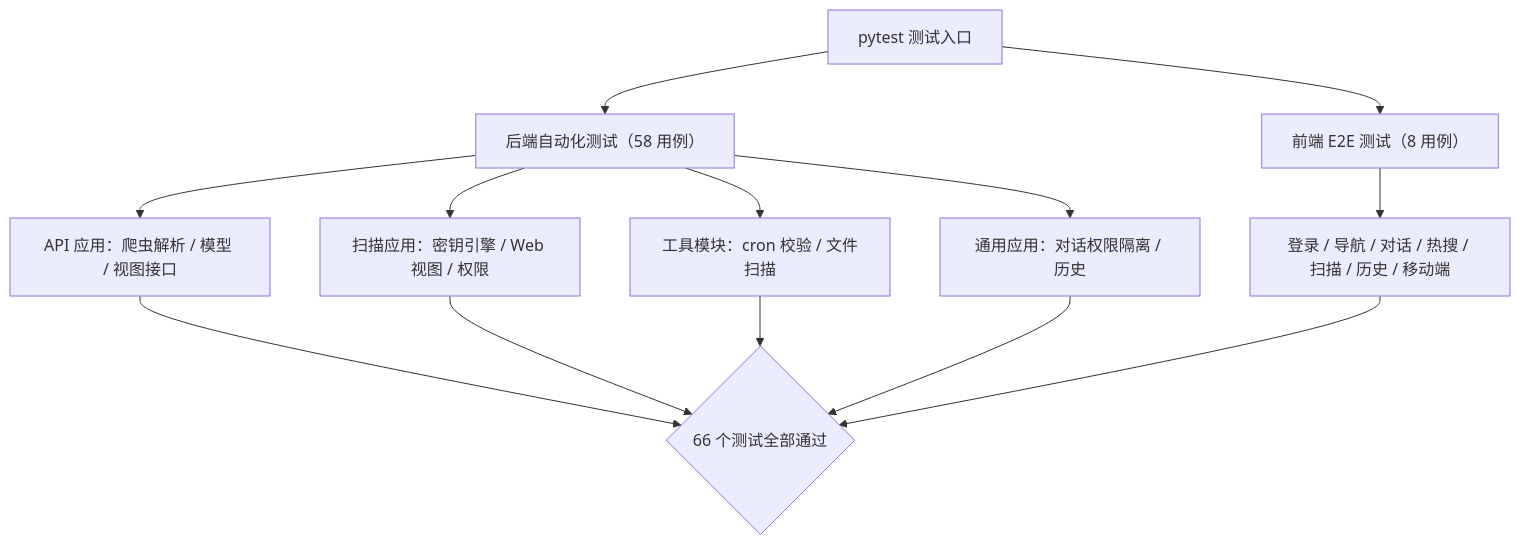
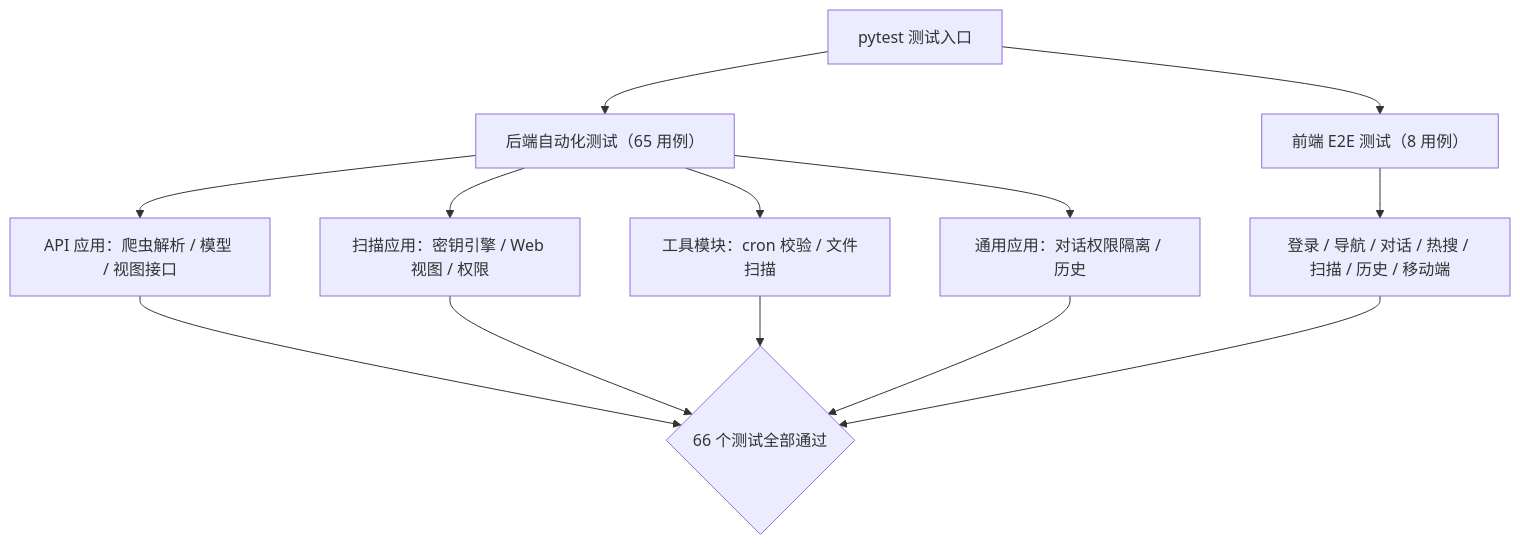
One commit to kg12581/ai_chatbot_django changed the diagram in testcase/test_report.md. Above: the diagram before and after it, drawn with Mermaid. The commit also changed other lines of this file and 37 other files, not shown here.

````diff
--- a/testcase/test_report.md
+++ b/testcase/test_report.md
@@ -15,12 +15,12 @@
 ```mermaid
 flowchart TD
-    A["pytest 测试入口"] --> B["后端自动化测试（58 用例）"]
+    A["pytest 测试入口"] --> B["后端自动化测试（65 用例）"]
     A --> C["前端 E2E 测试（8 用例）"]
     B --> D["API 应用：爬虫解析 / 模型 / 视图接口"]
     B --> E["扫描应用：密钥引擎 / Web 视图 / 权限"]
     B --> F["工具模块：cron 校验 / 文件扫描"]
     B --> G["通用应用：对话权限隔离 / 历史"]
     C --> H["登录 / 导航 / 对话 / 热搜 / 扫描 / 历史 / 移动端"]
     D & E & F & G --> R{"66 个测试全部通过"}
     H --> R
 ```
````
